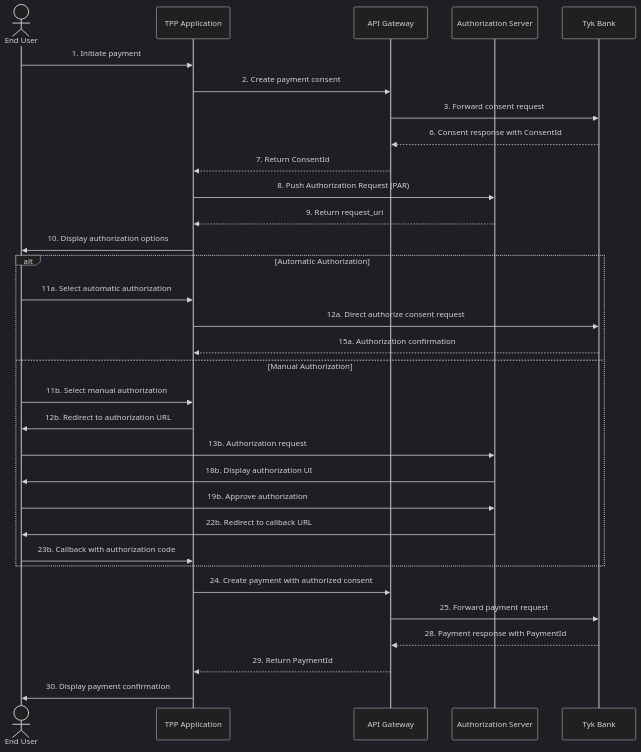
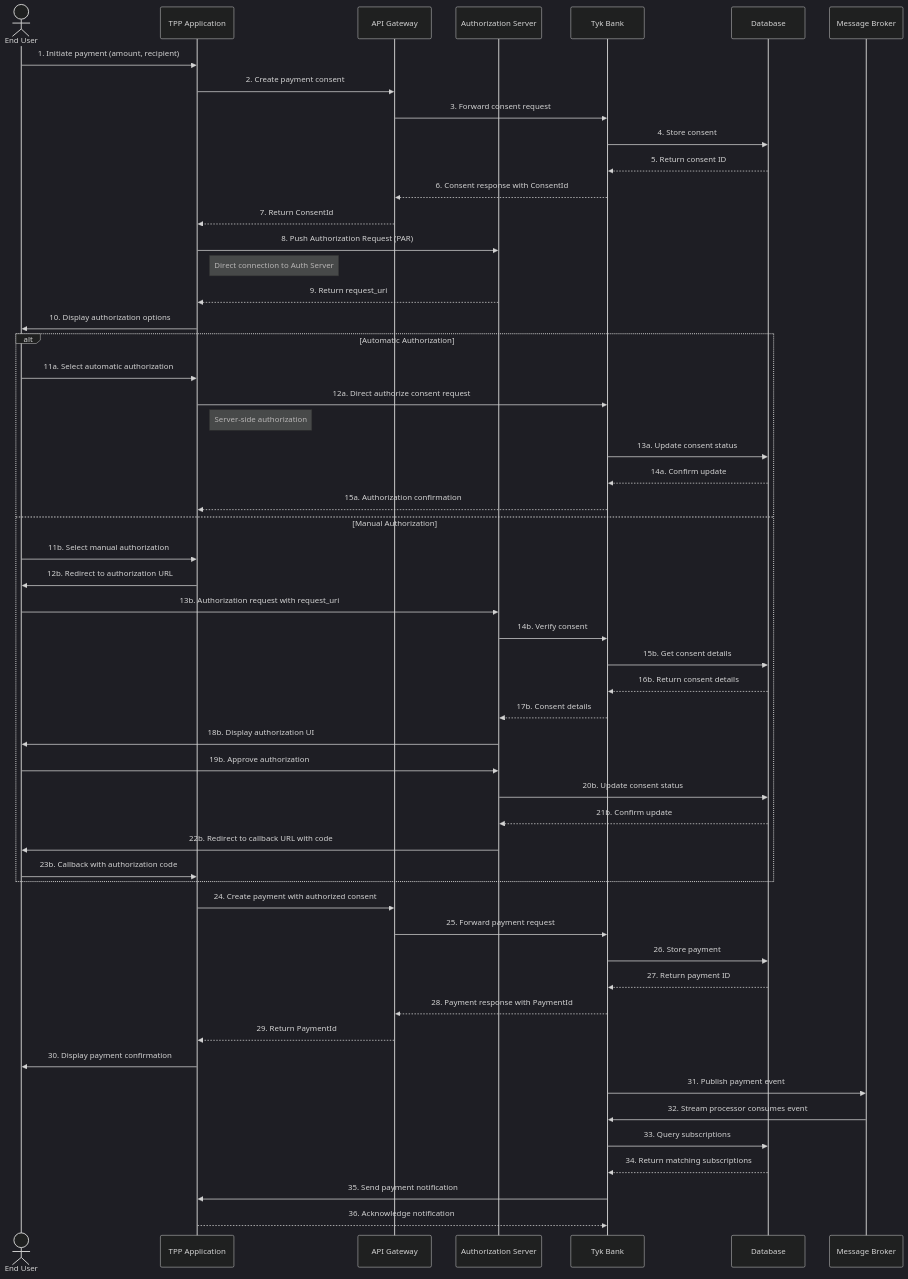
Before and after one commit to TykTechnologies/tyk-docs-hugo: the third of 4 diagrams in tyk-docs/content/use-cases/financial-services.md, drawn with Mermaid (dark theme). The commit also changed other lines of this file, not shown here.

````diff
--- a/tyk-docs/content/use-cases/financial-services.md
+++ b/tyk-docs/content/use-cases/financial-services.md
@@ -134,40 +195,72 @@
 ```mermaid
 sequenceDiagram
     actor User as End User
     participant TPP as TPP Application
     participant Gateway as API Gateway
     participant Auth as Authorization Server
     participant Bank as Tyk Bank
+    participant DB as Database
+    participant Kafka as Message Broker
     
-    User->>TPP: 1. Initiate payment
+    %% Payment Initiation
+    User->>TPP: 1. Initiate payment (amount, recipient)
+    
+    %% Payment Consent Creation
     TPP->>Gateway: 2. Create payment consent
     Gateway->>Bank: 3. Forward consent request
+    Bank->>DB: 4. Store consent
+    DB-->>Bank: 5. Return consent ID
     Bank-->>Gateway: 6. Consent response with ConsentId
     Gateway-->>TPP: 7. Return ConsentId
     
+    %% Pushed Authorization Request (PAR)
     TPP->>Auth: 8. Push Authorization Request (PAR)
+    Note right of TPP: Direct connection to Auth Server
     Auth-->>TPP: 9. Return request_uri
     
+    %% Authorization Options
     TPP->>User: 10. Display authorization options
     
+    %% Two possible authorization flows
     alt Automatic Authorization
         User->>TPP: 11a. Select automatic authorization
         TPP->>Bank: 12a. Direct authorize consent request
+        Note right of TPP: Server-side authorization
+        Bank->>DB: 13a. Update consent status
+        DB-->>Bank: 14a. Confirm update
         Bank-->>TPP: 15a. Authorization confirmation
     else Manual Authorization
         User->>TPP: 11b. Select manual authorization
         TPP->>User: 12b. Redirect to authorization URL
-        User->>Auth: 13b. Authorization request
+        User->>Auth: 13b. Authorization request with request_uri
+        Auth->>Bank: 14b. Verify consent
+        Bank->>DB: 15b. Get consent details
+        DB-->>Bank: 16b. Return consent details
+        Bank-->>Auth: 17b. Consent details
         Auth->>User: 18b. Display authorization UI
         User->>Auth: 19b. Approve authorization
-        Auth->>User: 22b. Redirect to callback URL
+        Auth->>DB: 20b. Update consent status
+        DB-->>Auth: 21b. Confirm update
+        Auth->>User: 22b. Redirect to callback URL with code
         User->>TPP: 23b. Callback with authorization code
     end
     
+    %% Payment Creation
     TPP->>Gateway: 24. Create payment with authorized consent
     Gateway->>Bank: 25. Forward payment request
+    Bank->>DB: 26. Store payment
+    DB-->>Bank: 27. Return payment ID
     Bank-->>Gateway: 28. Payment response with PaymentId
     Gateway-->>TPP: 29. Return PaymentId
     
+    %% Payment Confirmation
     TPP->>User: 30. Display payment confirmation
+    
+    %% Event Notification
+    Bank->>Kafka: 31. Publish payment event
+    Kafka->>Bank: 32. Stream processor consumes event
+    Bank->>DB: 33. Query subscriptions
+    DB-->>Bank: 34. Return matching subscriptions
+    Bank->>TPP: 35. Send payment notification
+    TPP-->>Bank: 36. Acknowledge notification
 ```
````
